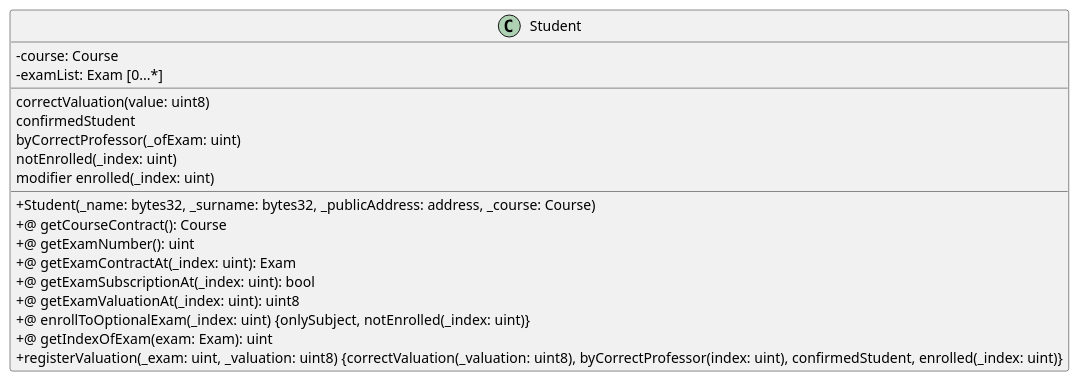
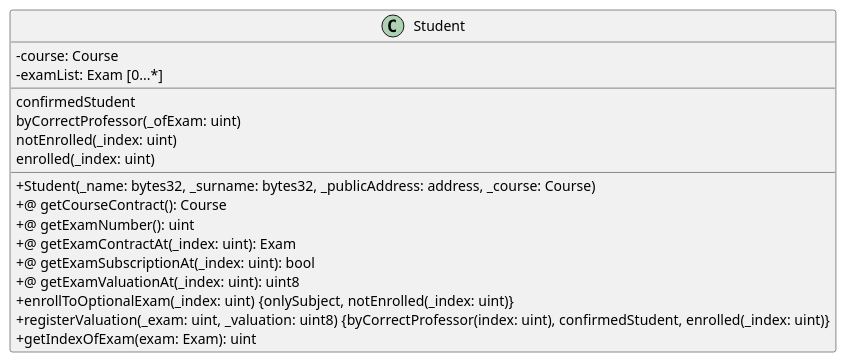
Before and after one commit to M9k/Marvin-Uml: the diagram in Solidity/Contracts/Student.iuml, drawn with PlantUML. The commit also changed 4 other files, not shown here.

```diff
--- a/Solidity/Contracts/Student.iuml
+++ b/Solidity/Contracts/Student.iuml
@@ -1,23 +1,22 @@
 @startuml
 skinparam classAttributeIconSize 0
 class Student {
 - course: Course
 - examList: Exam [0...*]
 __
-correctValuation(value: uint8)
 confirmedStudent
 byCorrectProfessor(_ofExam: uint)
 notEnrolled(_index: uint)
-modifier enrolled(_index: uint)
+enrolled(_index: uint)
 __
 + Student(_name: bytes32, _surname: bytes32, _publicAddress: address, _course: Course)
 +@ getCourseContract(): Course
 +@ getExamNumber(): uint
 +@ getExamContractAt(_index: uint): Exam
 +@ getExamSubscriptionAt(_index: uint): bool
 +@ getExamValuationAt(_index: uint): uint8
-+@ enrollToOptionalExam(_index: uint) {onlySubject, notEnrolled(_index: uint)}
-+@ getIndexOfExam(exam: Exam): uint
-+ registerValuation(_exam: uint, _valuation: uint8) {correctValuation(_valuation: uint8), byCorrectProfessor(index: uint), confirmedStudent, enrolled(_index: uint)}
++ enrollToOptionalExam(_index: uint) {onlySubject, notEnrolled(_index: uint)}
++ registerValuation(_exam: uint, _valuation: uint8) {byCorrectProfessor(index: uint), confirmedStudent, enrolled(_index: uint)}
++ getIndexOfExam(exam: Exam): uint
 }
 @enduml
```
